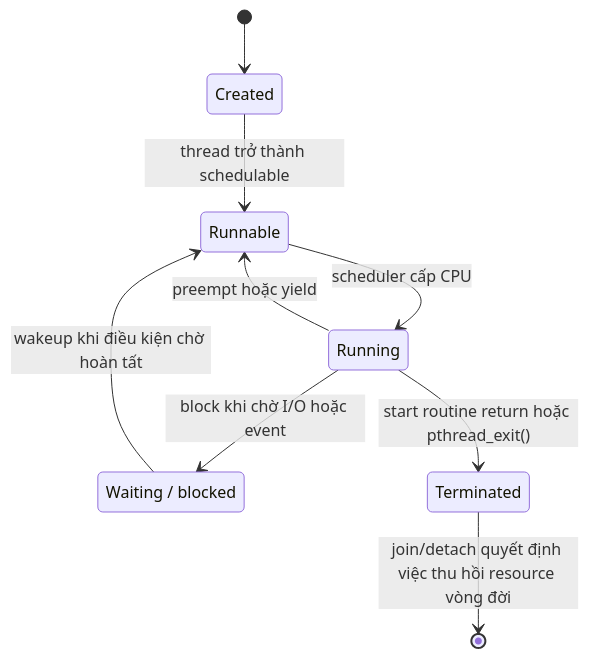
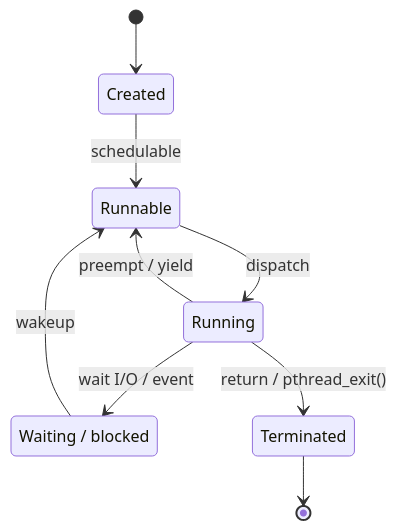
Before and after one commit to hai-kevins/embedded-linux: the diagram in phase-01/README-topic-06.md, drawn with Mermaid. The commit also changed other lines of this file and 6 other files, not shown here.

````diff
--- a/phase-01/README-topic-06.md
+++ b/phase-01/README-topic-06.md
@@ -571,17 +571,17 @@
 ```mermaid
 stateDiagram-v2
     state "Created" as Created
     state "Runnable" as Runnable
     state "Running" as Running
     state "Waiting / blocked" as Waiting
     state "Terminated" as Terminated
 
     [*] --> Created
-    Created --> Runnable: thread trở thành schedulable
-    Runnable --> Running: scheduler cấp CPU
-    Running --> Runnable: preempt hoặc yield
-    Running --> Waiting: block khi chờ I/O hoặc event
-    Waiting --> Runnable: wakeup khi điều kiện chờ hoàn tất
-    Running --> Terminated: start routine return hoặc pthread_exit()
-    Terminated --> [*]: join/detach quyết định việc thu hồi resource vòng đời
+    Created --> Runnable: schedulable
+    Runnable --> Running: dispatch
+    Running --> Runnable: preempt / yield
+    Running --> Waiting: wait I/O / event
+    Waiting --> Runnable: wakeup
+    Running --> Terminated: return / pthread_exit()
+    Terminated --> [*]
 ```
````
